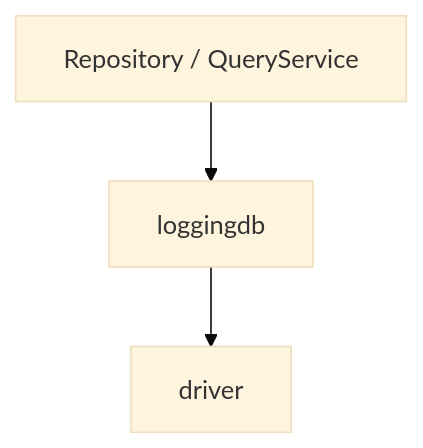
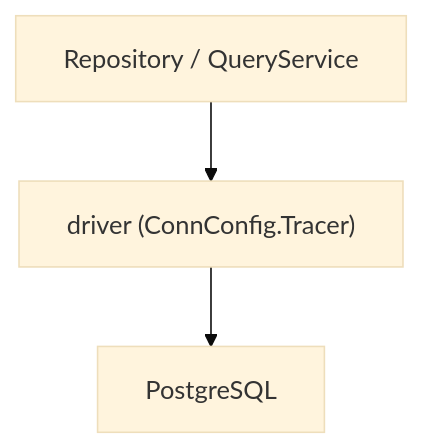
Before and after one commit to Tomy-ch/go-boilerplate: the second of 3 diagrams in internal/infrastructure/rdb/README.ja.md, drawn with Mermaid (base theme). The commit also changed other lines of this file and 15 other files, not shown here.

````diff
--- a/internal/infrastructure/rdb/README.ja.md
+++ b/internal/infrastructure/rdb/README.ja.md
@@ -137,4 +138,4 @@
 ```mermaid
 flowchart TB
-    Repo["Repository / QueryService"] --> Logging["loggingdb"] --> Driver["driver"]
+    Repo["Repository / QueryService"] --> Driver["driver (ConnConfig.Tracer)"] --> DB["PostgreSQL"]
 ```
````
